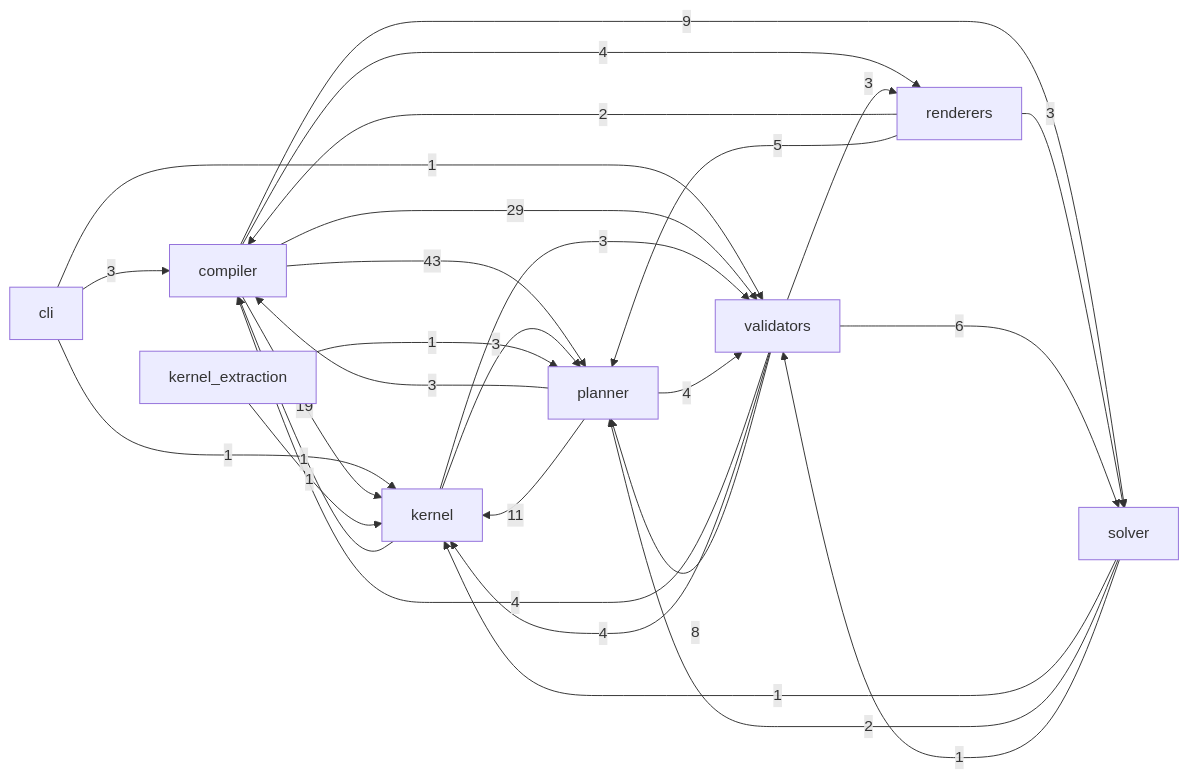
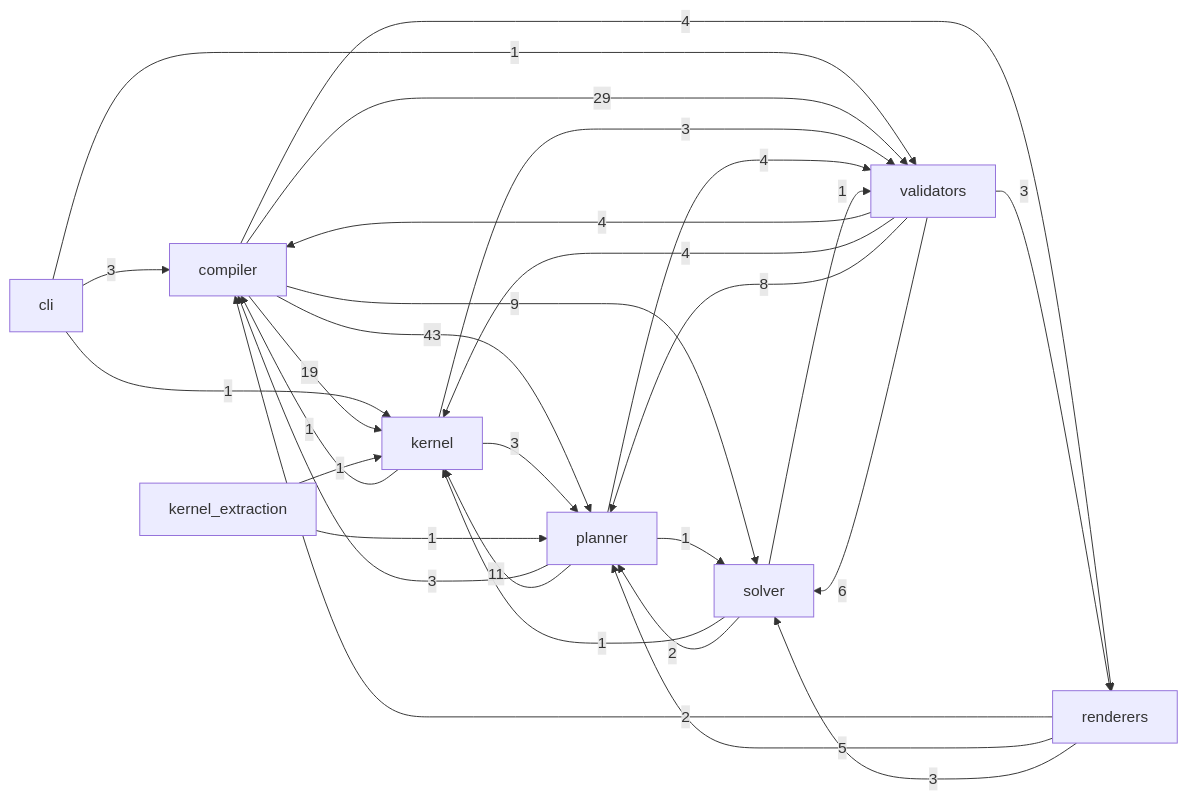
One commit to Kingsley-Cyber/cinematic-compiler-core changed the diagram in docs/reference/code.md. Above: the diagram before and after it, drawn with Mermaid. The commit also changed other lines of this file and 83 other files, not shown here.

````diff
--- a/docs/reference/code.md
+++ b/docs/reference/code.md
@@ -15,30 +15,31 @@
 ```mermaid
 flowchart LR
   cli -->|3| compiler
   cli -->|1| kernel
   cli -->|1| validators
   compiler -->|19| kernel
   compiler -->|43| planner
   compiler -->|4| renderers
   compiler -->|9| solver
   compiler -->|29| validators
   kernel -->|1| compiler
   kernel -->|3| planner
   kernel -->|3| validators
   kernel_extraction -->|1| kernel
   kernel_extraction -->|1| planner
   planner -->|3| compiler
   planner -->|11| kernel
+  planner -->|1| solver
   planner -->|4| validators
   renderers -->|2| compiler
   renderers -->|5| planner
   renderers -->|3| solver
   solver -->|1| kernel
   solver -->|2| planner
   solver -->|1| validators
   validators -->|4| compiler
   validators -->|4| kernel
   validators -->|8| planner
   validators -->|3| renderers
   validators -->|6| solver
 ```
````
